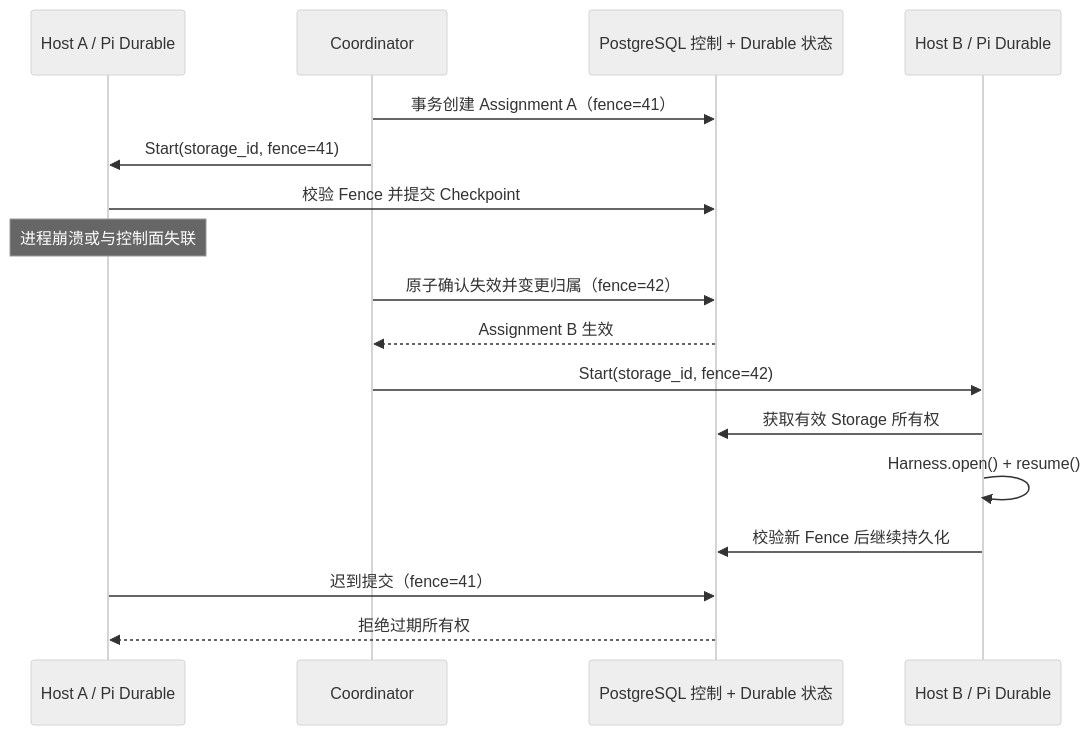
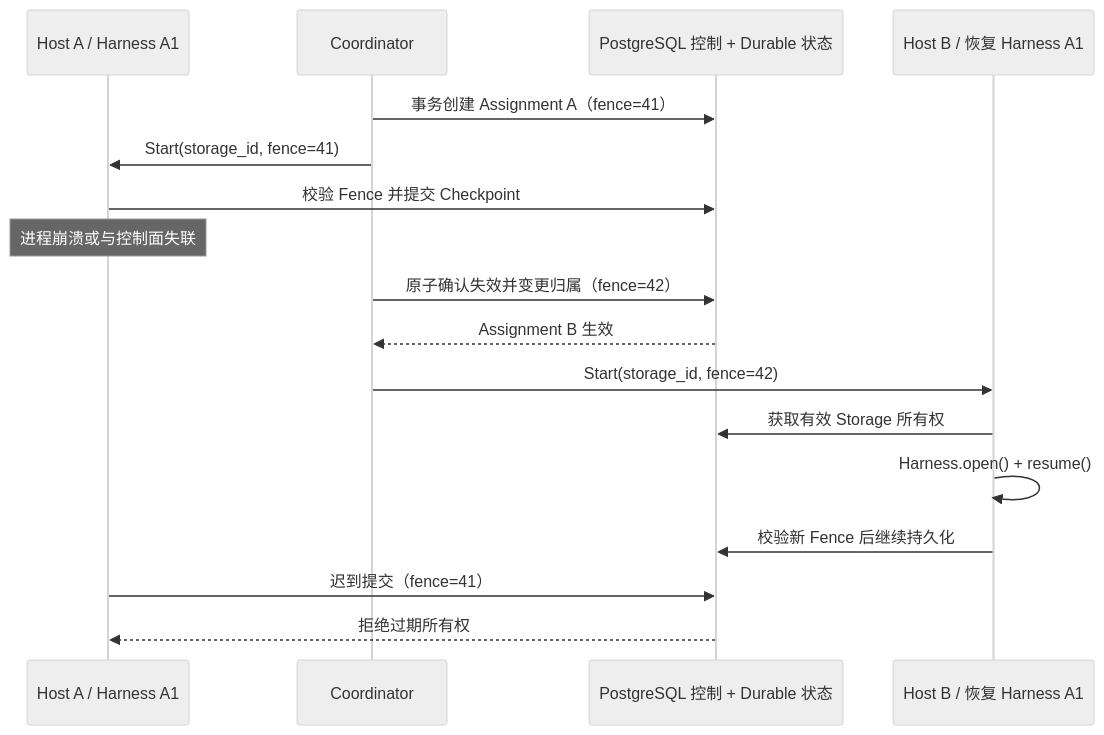
One commit to trojanbox/internal-ai-platform changed the second of 2 diagrams in docs/distributed-agent-architecture.md. Above: the diagram before and after it, drawn with Mermaid (neutral theme). The commit also changed other lines of this file, not shown here.

Commit message:
docs: simplify Agent Host to multi-Harness Node.js process

```diff
--- a/docs/distributed-agent-architecture.md
+++ b/docs/distributed-agent-architecture.md
@@ -263,20 +296,20 @@
 ~~~mermaid
 sequenceDiagram
-    participant A as Host A / Pi Durable
+    participant A as Host A / Harness A1
     participant C as Coordinator
     participant P as PostgreSQL 控制 + Durable 状态
-    participant B as Host B / Pi Durable
+    participant B as Host B / 恢复 Harness A1
 
     C->>P: 事务创建 Assignment A（fence=41）
     C->>A: Start(storage_id, fence=41)
     A->>P: 校验 Fence 并提交 Checkpoint
     Note over A: 进程崩溃或与控制面失联
     C->>P: 原子确认失效并变更归属（fence=42）
     P-->>C: Assignment B 生效
     C->>B: Start(storage_id, fence=42)
     B->>P: 获取有效 Storage 所有权
     B->>B: Harness.open() + resume()
     B->>P: 校验新 Fence 后继续持久化
     A->>P: 迟到提交（fence=41）
     P-->>A: 拒绝过期所有权
 ~~~
```
